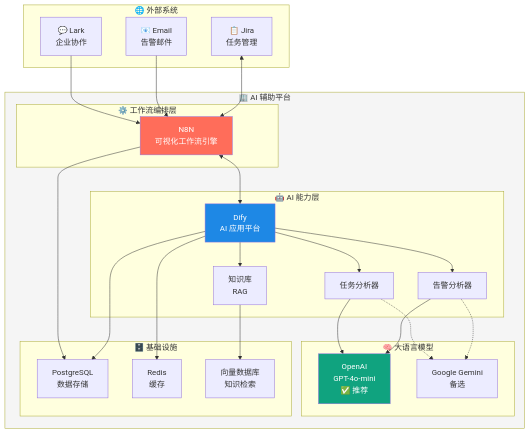
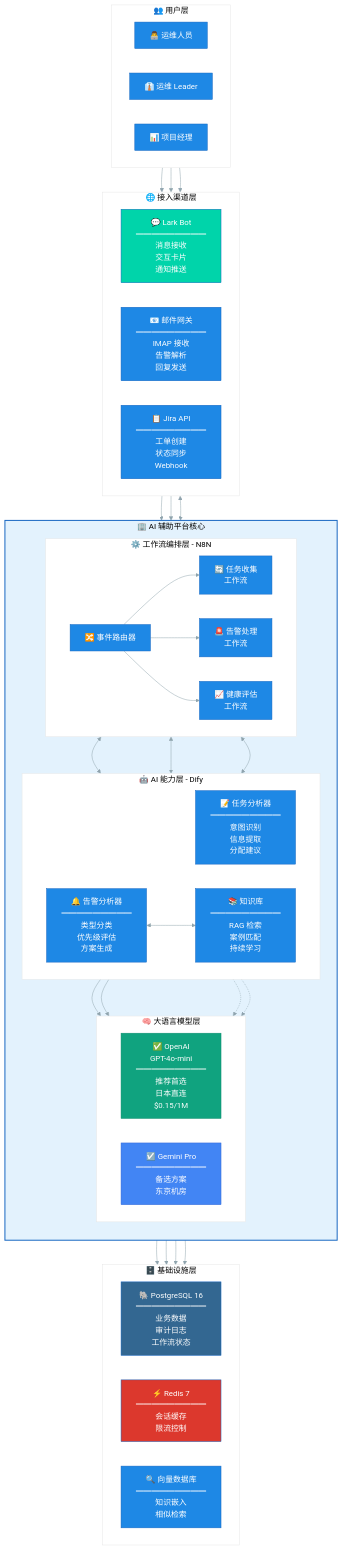
Before and after one commit to karl9141/ai-platform-technical: the first of 11 diagrams in docs/architecture/system-architecture.md, drawn with Mermaid. The commit also changed other lines of this file, not shown here.

Commit message:
docs: Enterprise-grade architecture diagrams with detailed Mermaid charts

````diff
--- a/docs/architecture/system-architecture.md
+++ b/docs/architecture/system-architecture.md
@@ -15,56 +23,85 @@
 ```mermaid
+%%{init: {'theme': 'base', 'themeVariables': { 'primaryColor': '#1e88e5', 'primaryTextColor': '#fff', 'primaryBorderColor': '#1565c0', 'lineColor': '#90a4ae', 'secondaryColor': '#f5f5f5', 'tertiaryColor': '#fff'}}}%%
 flowchart TB
-    subgraph External["🌐 外部系统"]
-        Lark["💬 Lark<br/>企业协作"]
-        Email["📧 Email<br/>告警邮件"]
-        Jira["📋 Jira<br/>任务管理"]
+    subgraph Users["👥 用户层"]
+        direction LR
+        Dev["👨‍💻 运维人员"]
+        Leader["👔 运维 Leader"]
+        PM["📊 项目经理"]
     end
 
-    subgraph Platform["🏢 AI 辅助平台"]
-        subgraph Orchestration["⚙️ 工作流编排层"]
-            N8N["N8N<br/>可视化工作流引擎"]
+    subgraph Channels["🌐 接入渠道层"]
+        direction LR
+        LarkBot["💬 Lark Bot<br/>━━━━━━━━━<br/>消息接收<br/>交互卡片<br/>通知推送"]
+        EmailGateway["📧 邮件网关<br/>━━━━━━━━━<br/>IMAP 接收<br/>告警解析<br/>回复发送"]
+        JiraAPI["📋 Jira API<br/>━━━━━━━━━<br/>工单创建<br/>状态同步<br/>Webhook"]
+    end
+
+    subgraph Core["🏢 AI 辅助平台核心"]
+        direction TB
+        
+        subgraph Orchestration["⚙️ 工作流编排层 - N8N"]
+            direction LR
+            WF1["🔄 任务收集<br/>工作流"]
+            WF2["🚨 告警处理<br/>工作流"]
+            WF3["📈 健康评估<br/>工作流"]
+            Router["🔀 事件路由器"]
         end
 
-        subgraph AI["🤖 AI 能力层"]
-            Dify["Dify<br/>AI 应用平台"]
-            TaskAnalyzer["任务分析器"]
-            AlertAnalyzer["告警分析器"]
-            KB["知识库<br/>RAG"]
+        subgraph AILayer["🤖 AI 能力层 - Dify"]
+            direction LR
+            TaskAgent["📝 任务分析器<br/>━━━━━━━━━<br/>意图识别<br/>信息提取<br/>分配建议"]
+            AlertAgent["🔔 告警分析器<br/>━━━━━━━━━<br/>类型分类<br/>优先级评估<br/>方案生成"]
+            KnowledgeBase["📚 知识库<br/>━━━━━━━━━<br/>RAG 检索<br/>案例匹配<br/>持续学习"]
         end
 
-        subgraph LLM["🧠 大语言模型"]
-            OpenAI["OpenAI<br/>GPT-4o-mini<br/>✅ 推荐"]
-            Gemini["Google Gemini<br/>备选"]
-        end
-
-        subgraph Infra["🗄️ 基础设施"]
-            PostgreSQL["PostgreSQL<br/>数据存储"]
-            Redis["Redis<br/>缓存"]
-            Vector["向量数据库<br/>知识检索"]
+        subgraph LLMLayer["🧠 大语言模型层"]
+            direction LR
+            OpenAI["✅ OpenAI<br/>GPT-4o-mini<br/>━━━━━━━━━<br/>推荐首选<br/>日本直连<br/>$0.15/1M"]
+            Gemini["☑️ Gemini Pro<br/>━━━━━━━━━<br/>备选方案<br/>东京机房"]
         end
     end
 
-    Lark --> N8N
-    Email --> N8N
-    Jira <--> N8N
+    subgraph Infrastructure["🗄️ 基础设施层"]
+        direction LR
+        PostgreSQL["🐘 PostgreSQL 16<br/>━━━━━━━━━<br/>业务数据<br/>审计日志<br/>工作流状态"]
+        Redis["⚡ Redis 7<br/>━━━━━━━━━<br/>会话缓存<br/>限流控制"]
+        VectorDB["🔍 向量数据库<br/>━━━━━━━━━<br/>知识嵌入<br/>相似检索"]
+    end
+
+    %% 连接关系
+    Dev --> LarkBot
+    Leader --> LarkBot
+    PM --> JiraAPI
     
-    N8N <--> Dify
-    Dify --> TaskAnalyzer
-    Dify --> AlertAnalyzer
-    Dify --> KB
+    LarkBot --> Router
+    EmailGateway --> Router
+    JiraAPI <--> Router
     
-    TaskAnalyzer --> OpenAI
-    AlertAnalyzer --> OpenAI
-    TaskAnalyzer -.-> Gemini
-    AlertAnalyzer -.-> Gemini
+    Router --> WF1
+    Router --> WF2
+    Router --> WF3
     
-    KB --> Vector
-    N8N --> PostgreSQL
-    Dify --> PostgreSQL
-    Dify --> Redis
+    WF1 <--> TaskAgent
+    WF2 <--> AlertAgent
+    WF3 <--> KnowledgeBase
+    
+    TaskAgent --> OpenAI
+    AlertAgent --> OpenAI
+    TaskAgent -.-> Gemini
+    AlertAgent -.-> Gemini
+    AlertAgent <--> KnowledgeBase
+    
+    KnowledgeBase --> VectorDB
+    Orchestration --> PostgreSQL
+    AILayer --> PostgreSQL
+    AILayer --> Redis
 
-    style OpenAI fill:#10a37f,color:#fff
-    style Dify fill:#1e88e5,color:#fff
-    style N8N fill:#ff6d5a,color:#fff
-    style Platform fill:#f5f5f5
+    %% 样式
+    style Core fill:#e3f2fd,stroke:#1565c0,stroke-width:2px
+    style OpenAI fill:#10a37f,color:#fff,stroke:#0d8c6d
+    style Gemini fill:#4285f4,color:#fff,stroke:#3367d6
+    style LarkBot fill:#00d4aa,color:#fff
+    style PostgreSQL fill:#336791,color:#fff
+    style Redis fill:#dc382d,color:#fff
 ```
````
